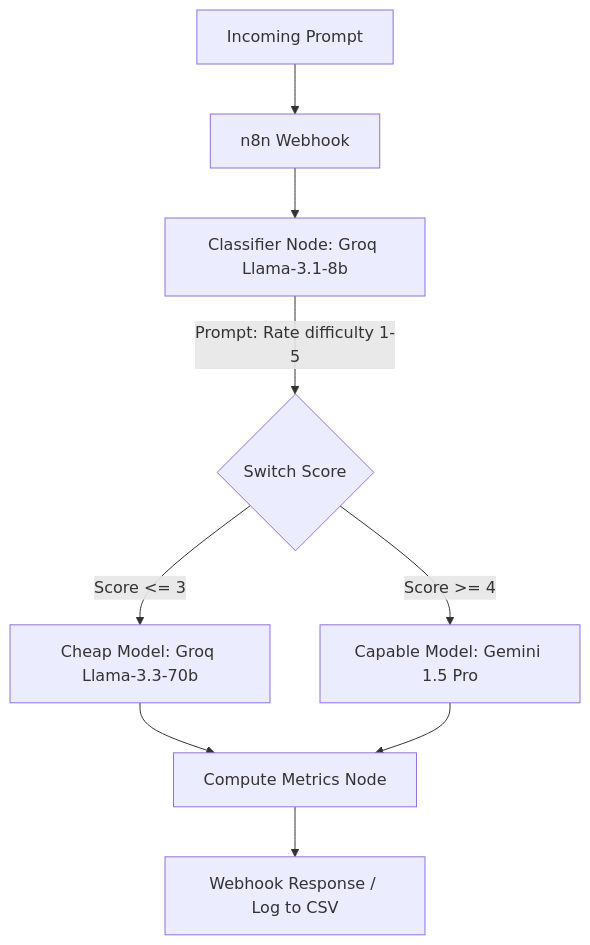
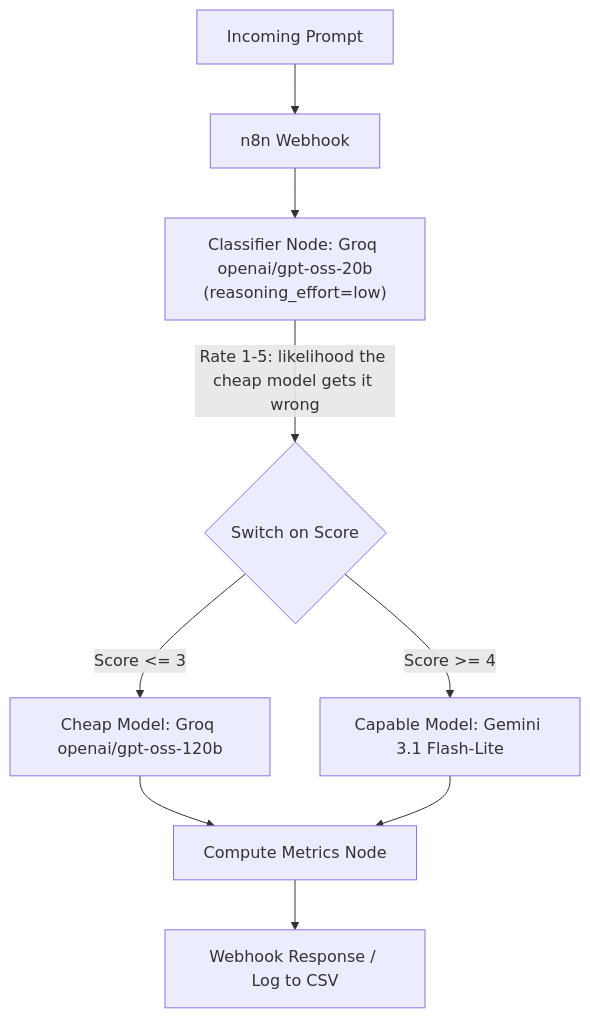
The diagram in README.md (Hariprashad-Ravikumar/Cost-Aware-Multi-Agent-LLM-Router), drawn with Mermaid before and after one commit. The commit also changed other lines of this file and 11 other files, not shown here.

First line of the commit message:
fix: repoint router at live Groq/Gemini models, fix n8n env-expression and reasoning-token bugs, run full 150-prompt benchmark

````diff
--- a/README.md
+++ b/README.md
@@ -19,14 +17,14 @@
 ```mermaid
 graph TD
     A[Incoming Prompt] --> B[n8n Webhook]
-    B --> C[Classifier Node: Groq Llama-3.1-8b]
-    C -->|Prompt: Rate difficulty 1-5| D{Switch Score}
-    
-    D -->|Score <= 3| E[Cheap Model: Groq Llama-3.3-70b]
-    D -->|Score >= 4| F[Capable Model: Gemini 1.5 Pro]
-    
+    B --> C["Classifier Node: Groq openai/gpt-oss-20b<br/>(reasoning_effort=low)"]
+    C -->|"Rate 1-5: likelihood the cheap model gets it wrong"| D{Switch on Score}
+
+    D -->|Score <= 3| E["Cheap Model: Groq openai/gpt-oss-120b"]
+    D -->|Score >= 4| F["Capable Model: Gemini 3.1 Flash-Lite"]
+
     E --> G[Compute Metrics Node]
     F --> G
-    
+
     G --> H[Webhook Response / Log to CSV]
 ```
````
